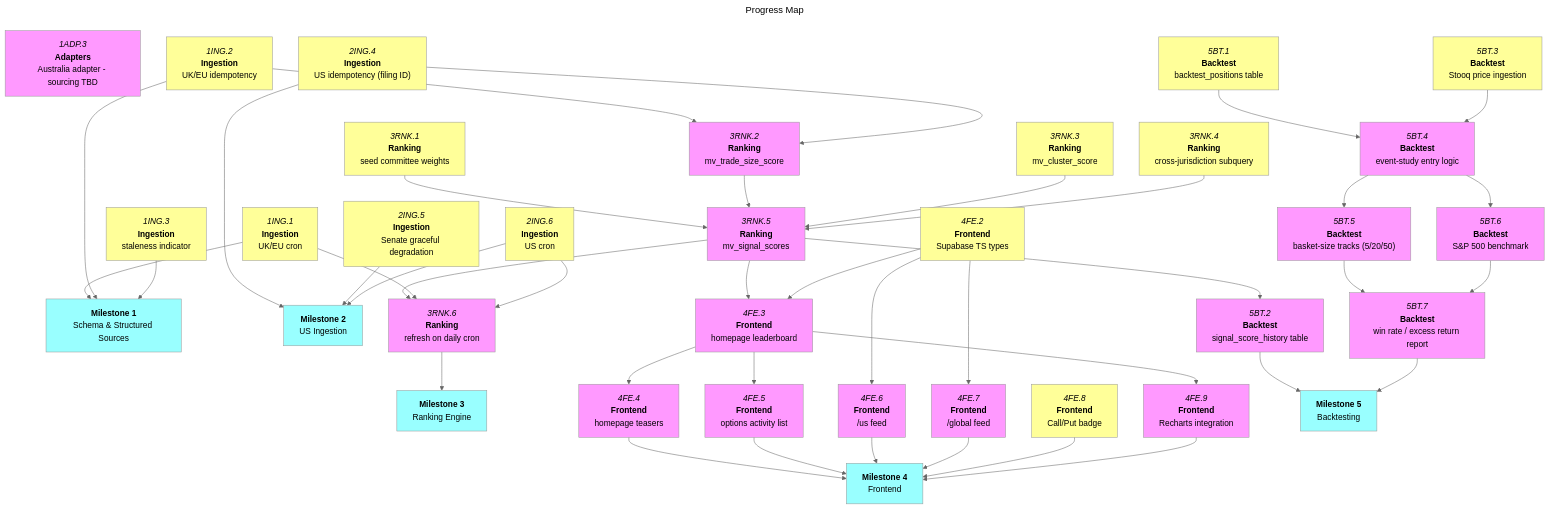
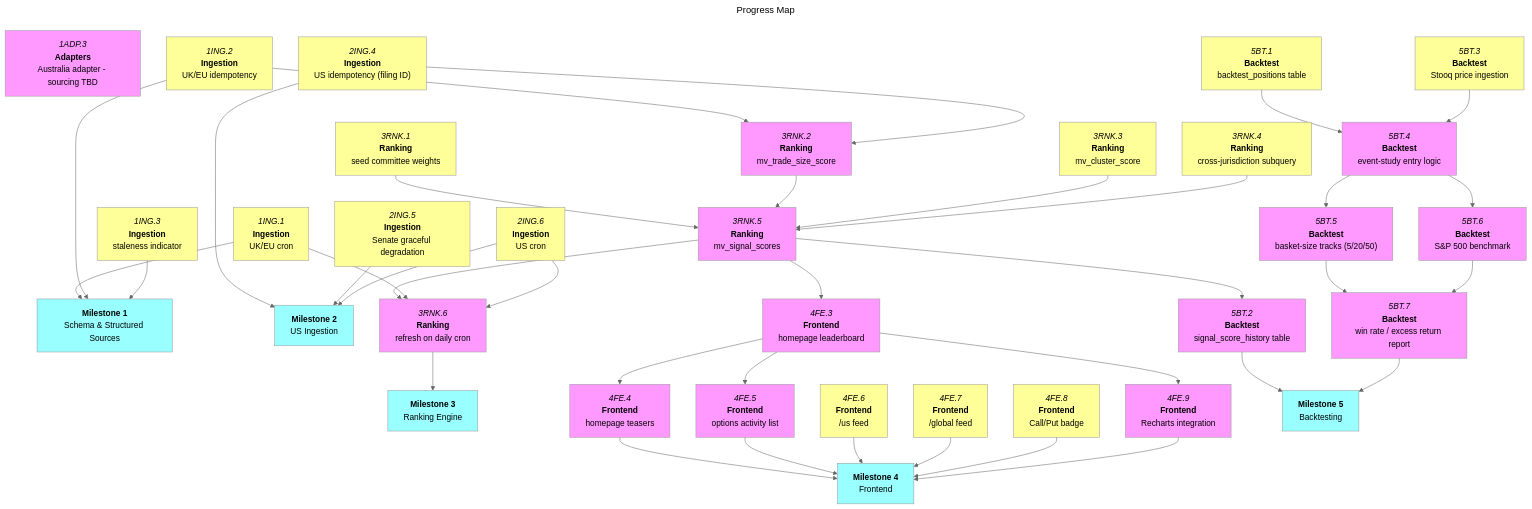
One commit to Oggie112/CrossBench changed the diagram in docs/roadmaps/mvp.md. Above: the diagram before and after it, drawn with Mermaid (neutral theme). The commit also changed other lines of this file, not shown here.

Commit message:
docs(roadmap): mark Supabase types complete, unblock /us and /global feeds

```diff
--- a/docs/roadmaps/mvp.md
+++ b/docs/roadmaps/mvp.md
@@ -229,11 +229,8 @@
 m3["`**Milestone 3**<br/>Ranking Engine`"]:::mile
 3RNK.6 --> m3
 
-4FE.2["`*4FE.2*<br/>**Frontend**<br/>Supabase TS types`"]:::open
-
 4FE.3["`*4FE.3*<br/>**Frontend**<br/>homepage leaderboard`"]:::blocked
 3RNK.5 --> 4FE.3
-4FE.2 --> 4FE.3
 
 4FE.4["`*4FE.4*<br/>**Frontend**<br/>homepage teasers`"]:::blocked
 4FE.3 --> 4FE.4
@@ -241,11 +238,9 @@
 4FE.5["`*4FE.5*<br/>**Frontend**<br/>options activity list`"]:::blocked
 4FE.3 --> 4FE.5
 
-4FE.6["`*4FE.6*<br/>**Frontend**<br/>/us feed`"]:::blocked
-4FE.2 --> 4FE.6
+4FE.6["`*4FE.6*<br/>**Frontend**<br/>/us feed`"]:::open
 
-4FE.7["`*4FE.7*<br/>**Frontend**<br/>/global feed`"]:::blocked
-4FE.2 --> 4FE.7
+4FE.7["`*4FE.7*<br/>**Frontend**<br/>/global feed`"]:::open
 
 4FE.8["`*4FE.8*<br/>**Frontend**<br/>Call/Put badge`"]:::open
 
```
